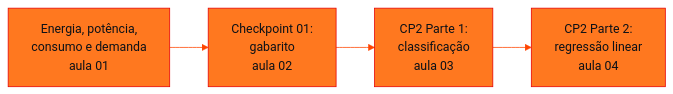
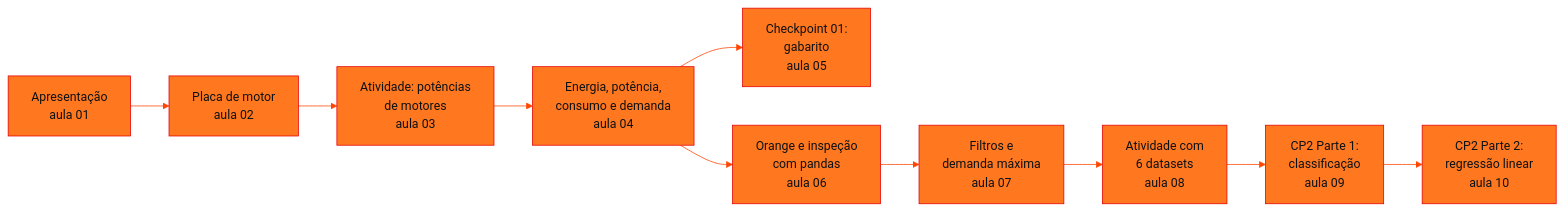
One commit to RenanMano/cs-fiap-academic changed the diagram in solucoes-em-energia-renovaveis-e-sustentaveis/README.md. Above: the diagram before and after it, drawn with Mermaid. The commit also changed other lines of this file and 120 other files, not shown here.

````diff
--- a/solucoes-em-energia-renovaveis-e-sustentaveis/README.md
+++ b/solucoes-em-energia-renovaveis-e-sustentaveis/README.md
@@ -76,7 +110,13 @@
 ```mermaid
 %%{init: {'theme': 'base', 'themeVariables': {'primaryColor': '#FF781F', 'primaryTextColor': '#0D1117', 'primaryBorderColor': '#E60000', 'lineColor': '#FF4500', 'secondaryColor': '#FFD8B8', 'tertiaryColor': '#FFF1E6', 'edgeLabelBackground': '#FFF1E6', 'fontFamily': 'Fira Code, monospace'}}}%%
 flowchart LR
-    A["Energia, potência,<br/>consumo e demanda<br/>aula 01"] --> B["Checkpoint 01:<br/>gabarito<br/>aula 02"]
-    B --> C["CP2 Parte 1:<br/>classificação<br/>aula 03"]
-    C --> D["CP2 Parte 2:<br/>regressão linear<br/>aula 04"]
+    A["Apresentação<br/>aula 01"] --> B["Placa de motor<br/>aula 02"]
+    B --> C["Atividade: potências<br/>de motores<br/>aula 03"]
+    C --> D["Energia, potência,<br/>consumo e demanda<br/>aula 04"]
+    D --> E["Checkpoint 01:<br/>gabarito<br/>aula 05"]
+    D --> F["Orange e inspeção<br/>com pandas<br/>aula 06"]
+    F --> G["Filtros e<br/>demanda máxima<br/>aula 07"]
+    G --> H["Atividade com<br/>6 datasets<br/>aula 08"]
+    H --> I["CP2 Parte 1:<br/>classificação<br/>aula 09"]
+    I --> J["CP2 Parte 2:<br/>regressão linear<br/>aula 10"]
 ```
````
